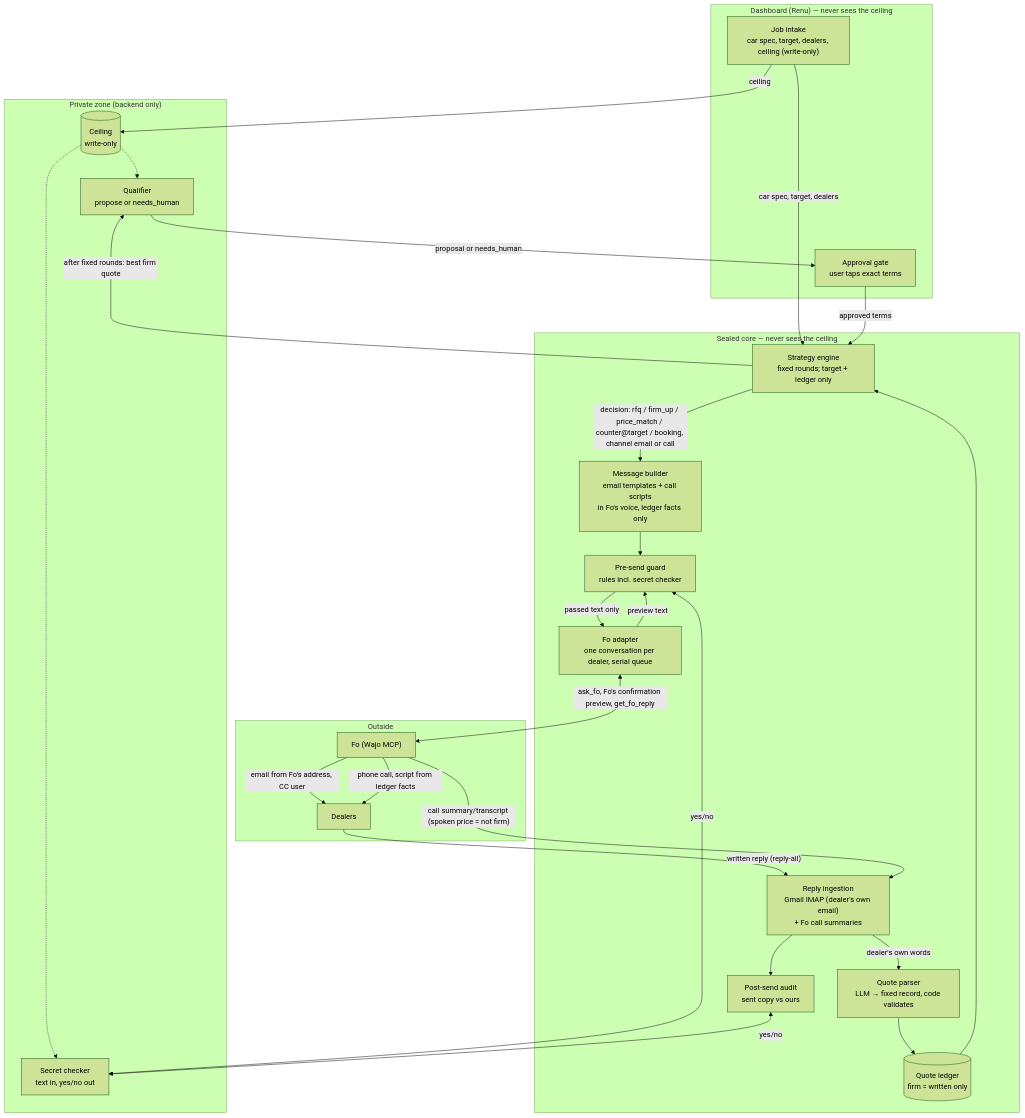
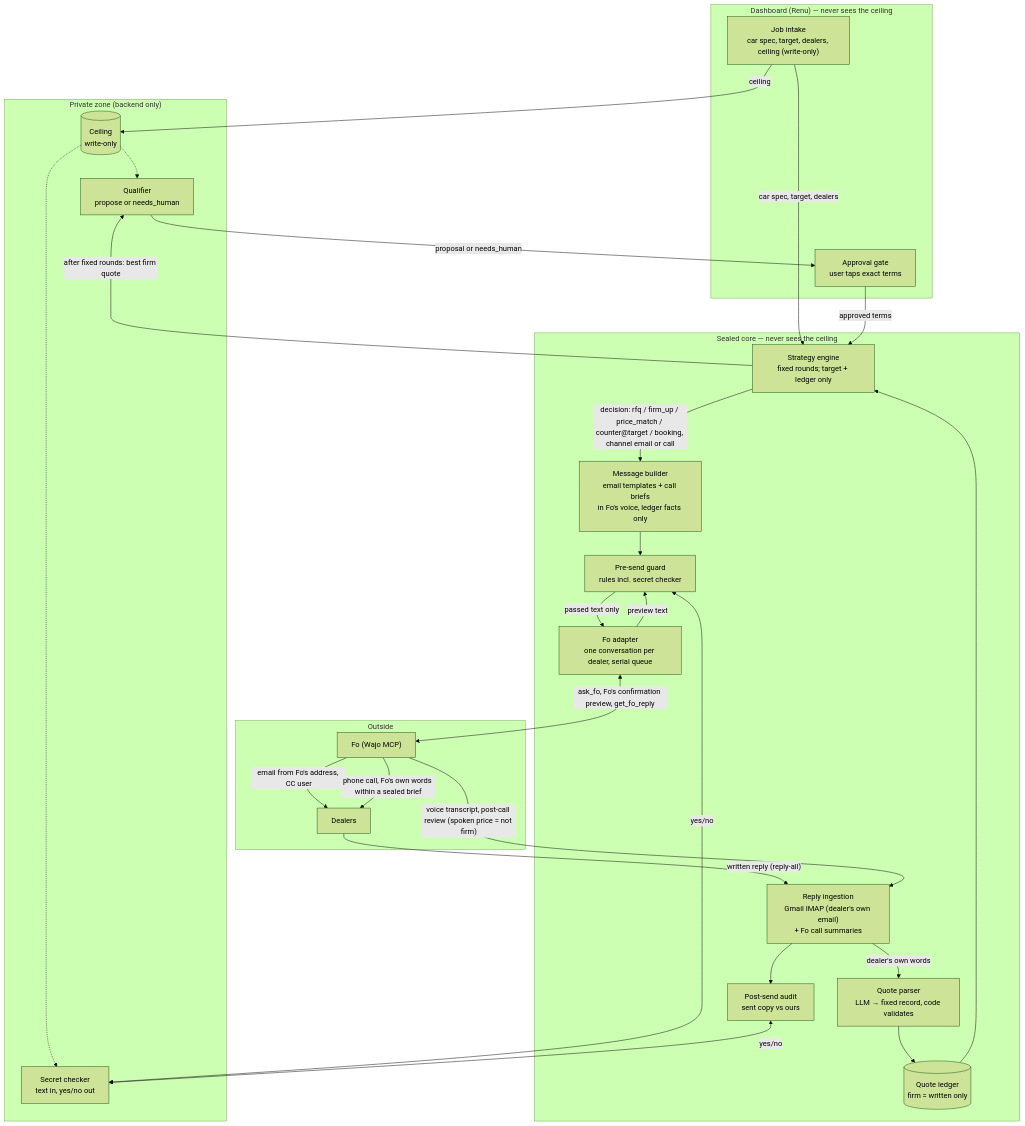
Before and after one commit to HetPatel1978/Sealed_GSD: the first of 2 diagrams in docs/architecture.md, drawn with Mermaid (forest theme). The commit also changed other lines of this file and 25 other files, not shown here.

First line of the commit message:
Step 2 Fo adapter; calls use a sealed brief + post-call review; spikes 1c/1d

````diff
--- a/docs/architecture.md
+++ b/docs/architecture.md
@@ -23,52 +23,52 @@
 ```mermaid
 flowchart TB
     subgraph UI["Dashboard (Renu) — never sees the ceiling"]
         INTAKE["Job intake<br/>car spec, target, dealers, ceiling (write-only)"]
         APPROVE["Approval gate<br/>user taps exact terms"]
     end
 
     subgraph PRIVATE["Private zone (backend only)"]
         VAULT[("Ceiling<br/>write-only")]
         QUAL["Qualifier<br/>propose or needs_human"]
         SECRET["Secret checker<br/>text in, yes/no out"]
     end
 
     subgraph CORE["Sealed core — never sees the ceiling"]
         STRAT["Strategy engine<br/>fixed rounds; target + ledger only"]
-        BUILD["Message builder<br/>email templates + call scripts<br/>in Fo's voice, ledger facts only"]
+        BUILD["Message builder<br/>email templates + call briefs<br/>in Fo's voice, ledger facts only"]
         GUARD["Pre-send guard<br/>rules incl. secret checker"]
         FOAD["Fo adapter<br/>one conversation per dealer, serial queue"]
         INGEST["Reply ingestion<br/>Gmail IMAP (dealer's own email)<br/>+ Fo call summaries"]
         PARSE["Quote parser<br/>LLM → fixed record, code validates"]
         LEDGER[("Quote ledger<br/>firm = written only")]
         AUDIT["Post-send audit<br/>sent copy vs ours"]
     end
 
     subgraph EXT["Outside"]
         FO["Fo (Wajo MCP)"]
         DEALERS["Dealers"]
     end
 
     INTAKE -->|ceiling| VAULT
     INTAKE -->|"car spec, target, dealers"| STRAT
     STRAT -->|"decision: rfq / firm_up / price_match / counter@target / booking, channel email or call"| BUILD
     BUILD --> GUARD
     GUARD <-->|"yes/no"| SECRET
     VAULT -.-> SECRET
     GUARD -->|passed text only| FOAD
     FOAD <-->|"ask_fo, Fo's confirmation preview, get_fo_reply"| FO
     FOAD -->|"preview text"| GUARD
     FO -->|"email from Fo's address, CC user"| DEALERS
-    FO -->|"phone call, script from ledger facts"| DEALERS
+    FO -->|"phone call, Fo's own words within a sealed brief"| DEALERS
     DEALERS -->|"written reply (reply-all)"| INGEST
-    FO -->|"call summary/transcript (spoken price = not firm)"| INGEST
+    FO -->|"voice transcript, post-call review (spoken price = not firm)"| INGEST
     INGEST --> AUDIT
     AUDIT <-->|"yes/no"| SECRET
     INGEST -->|"dealer's own words"| PARSE
     PARSE --> LEDGER
     LEDGER --> STRAT
     STRAT -->|"after fixed rounds: best firm quote"| QUAL
     VAULT -.-> QUAL
     QUAL -->|"proposal or needs_human"| APPROVE
     APPROVE -->|"approved terms"| STRAT
 ```
````
